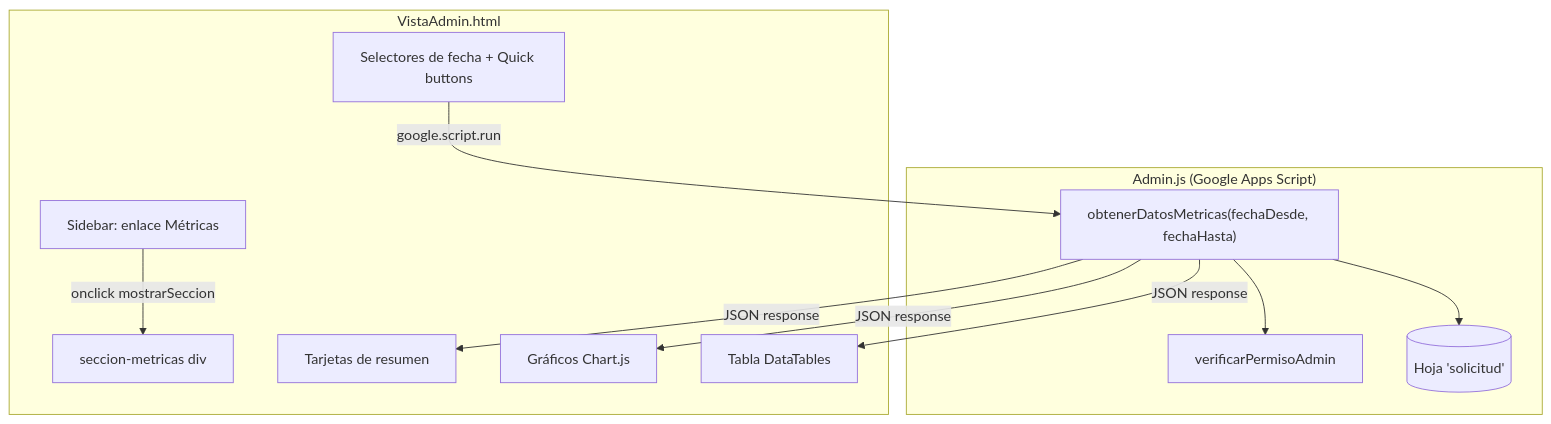
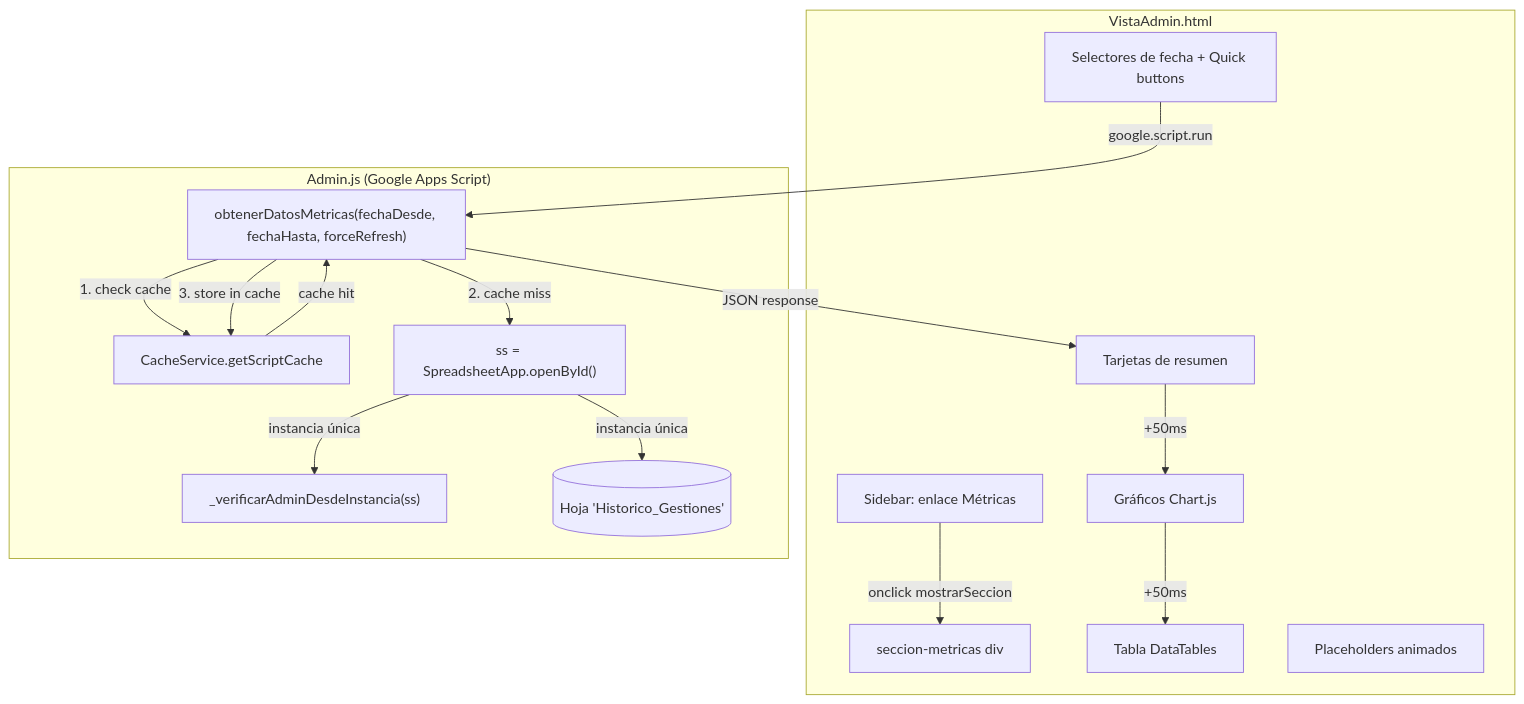
The first of 2 diagrams in .kiro/specs/admin-metrics-dashboard/design.md (SantiagoGarcia-SB/asignacion-analisis), drawn with Mermaid before and after one commit. The commit also changed other lines of this file and 13 other files, not shown here.

````diff
--- a/.kiro/specs/admin-metrics-dashboard/design.md
+++ b/.kiro/specs/admin-metrics-dashboard/design.md
@@ -16,25 +19,32 @@
 ```mermaid
 flowchart TD
     subgraph Frontend ["VistaAdmin.html"]
         NAV[Sidebar: enlace Métricas]
         SEC[seccion-metricas div]
         FILTROS[Selectores de fecha + Quick buttons]
         CARDS[Tarjetas de resumen]
         CHARTS[Gráficos Chart.js]
         TABLE[Tabla DataTables]
+        PLACEHOLDERS[Placeholders animados]
     end
 
     subgraph Backend ["Admin.js (Google Apps Script)"]
-        FN["obtenerDatosMetricas(fechaDesde, fechaHasta)"]
-        AUTH[verificarPermisoAdmin]
-        SHEET[(Hoja 'solicitud')]
+        FN["obtenerDatosMetricas(fechaDesde, fechaHasta, forceRefresh)"]
+        CACHE[CacheService.getScriptCache]
+        AUTH["_verificarAdminDesdeInstancia(ss)"]
+        SS["ss = SpreadsheetApp.openById()"]
+        SHEET[(Hoja 'Historico_Gestiones')]
     end
 
     NAV -->|onclick mostrarSeccion| SEC
     FILTROS -->|google.script.run| FN
-    FN --> AUTH
-    FN --> SHEET
+    FN -->|1. check cache| CACHE
+    CACHE -->|cache hit| FN
+    FN -->|2. cache miss| SS
+    SS -->|instancia única| AUTH
+    SS -->|instancia única| SHEET
+    FN -->|3. store in cache| CACHE
     FN -->|JSON response| CARDS
-    FN -->|JSON response| CHARTS
-    FN -->|JSON response| TABLE
+    CARDS -->|+50ms| CHARTS
+    CHARTS -->|+50ms| TABLE
 ```
````
